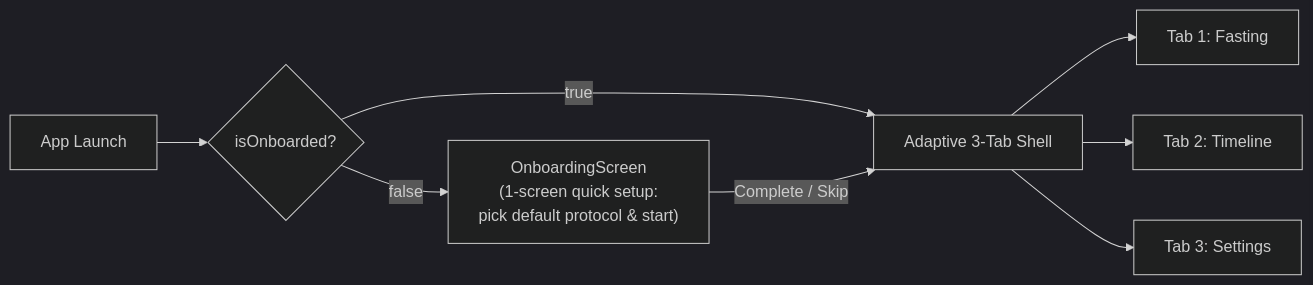
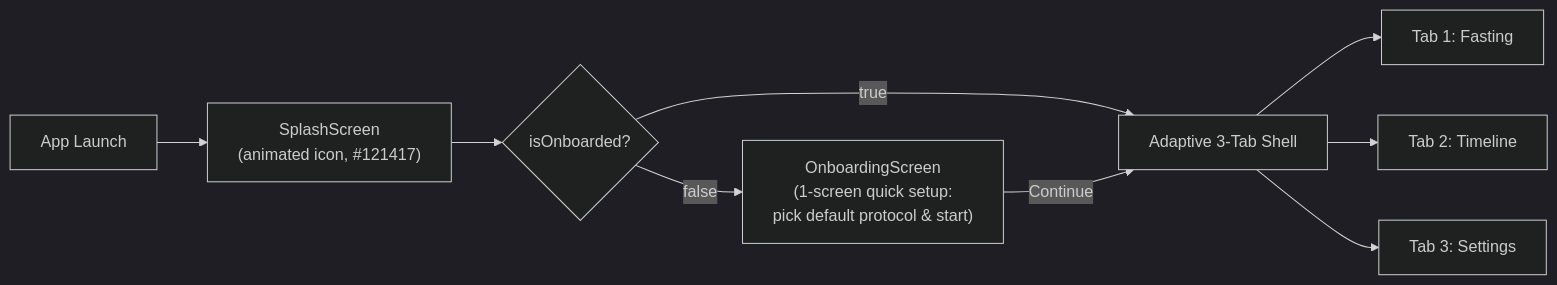
The diagram in design/UI_SPEC.md (john20xdoe/fast-o-clock), drawn with Mermaid (dark theme) before and after one commit. The commit also changed other lines of this file and 3 other files, not shown here.

Commit message:
doc: sync ARCHITECTURE, DATA_MODEL, UI_SPEC nd refresh PLAN with new todos or Timeline design

````diff
--- a/design/UI_SPEC.md
+++ b/design/UI_SPEC.md
@@ -22,10 +23,11 @@
 ```mermaid
 flowchart LR
-    BOOT["App Launch"] --> ONBOARD{"isOnboarded?"}
+    BOOT["App Launch"] --> SPLASH["SplashScreen\n(animated icon, #121417)"]
+    SPLASH --> ONBOARD{"isOnboarded?"}
     ONBOARD -- "false" --> OB["OnboardingScreen\n(1-screen quick setup:\npick default protocol & start)"]
     ONBOARD -- "true" --> SHELL["Adaptive 3-Tab Shell"]
-    OB -->|"Complete / Skip"| SHELL
+    OB -->|"Continue"| SHELL
     SHELL --> T1["Tab 1: Fasting"]
     SHELL --> T2["Tab 2: Timeline"]
     SHELL --> T3["Tab 3: Settings"]
 ```
````
